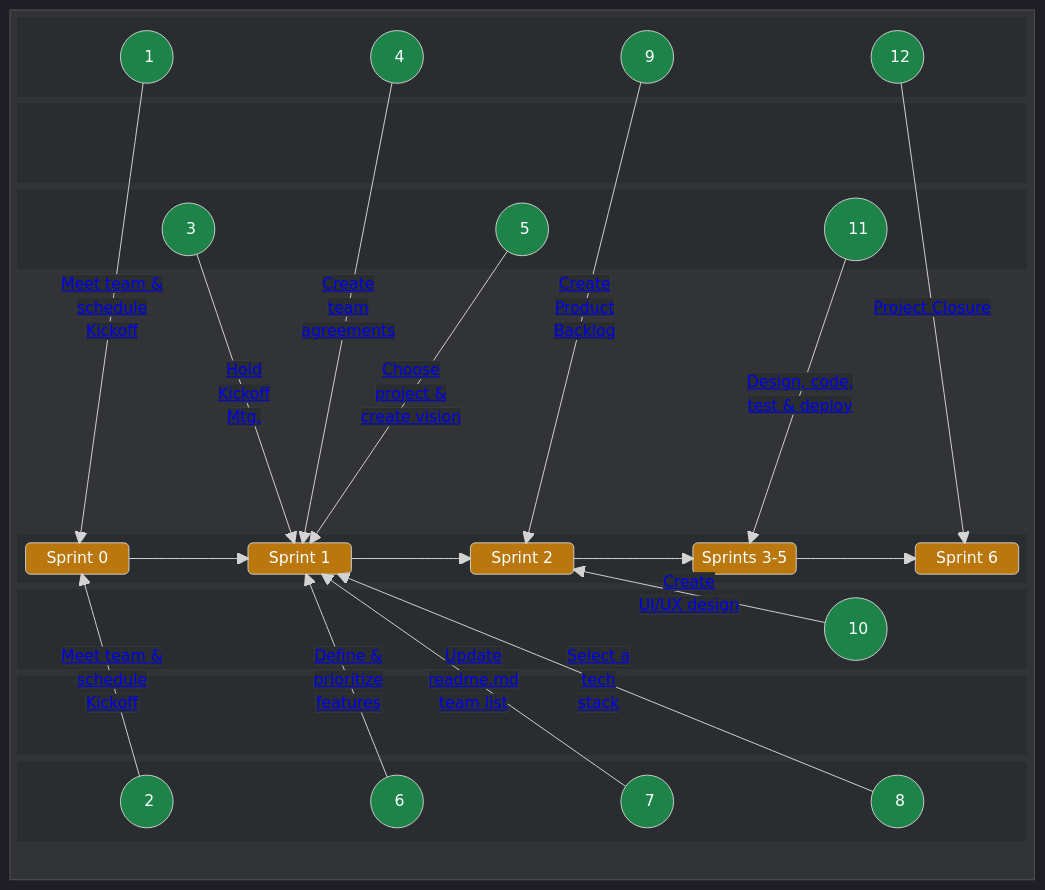
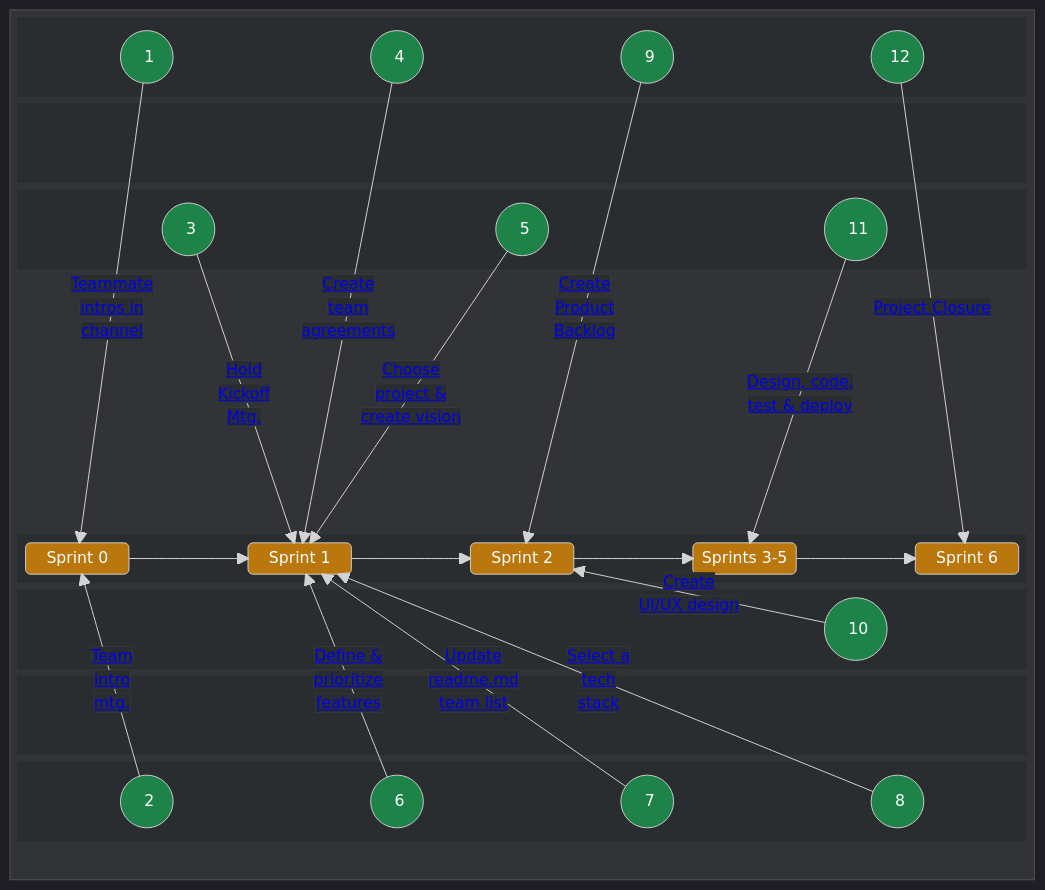
Before and after one commit to chingu-voyages/Handbook: the first of 2 diagrams in docs/guides/voyage/voyage.md, drawn with Mermaid.

Commit message:
Feature: Define Sprint 0 details [WIP]

```diff
--- a/docs/guides/voyage/voyage.md
+++ b/docs/guides/voyage/voyage.md
@@ -125,8 +125,8 @@
         A8(("&nbsp;&nbsp;&nbsp; 8 &nbsp;&nbsp;"))
       end      
 
-      A1 -- "<a style="background-color:#292d30" href="https://github.com/chingu-voyages/Handbook/blob/main/docs/guides/voyage/voyage.md#1-meet-your-team--schedule-kickoff-meeting-">Meet team &</br>schedule</br>Kickoff</a>" --> SPRINT0
-      A2 -- "<a style="background-color:#292d30" href="https://github.com/chingu-voyages/Handbook/blob/main/docs/guides/voyage/voyage.md#2-team-meeting-">Meet team &</br>schedule</br>Kickoff</a>" --> SPRINT0
+      A1 -- "<a style="background-color:#292d30" href="https://github.com/chingu-voyages/Handbook/blob/main/docs/guides/voyage/voyage.md#1-meet-your-team--schedule-kickoff-meeting-">Teammate</br>intros in</br>channel</a>" --> SPRINT0
+      A2 -- "<a style="background-color:#292d30" href="https://github.com/chingu-voyages/Handbook/blob/main/docs/guides/voyage/voyage.md#2-team-meeting-">Team</br>intro</br>mtg.</a>" --> SPRINT0
       A3 -- "<a style="background-color:#292d30" href="https://github.com/chingu-voyages/Handbook/blob/main/docs/guides/voyage/voyage.md#3-conduct-kickoff-meeting-">Hold</br>Kickoff</br>Mtg.</a>" --> SPRINT1
       A4 -- "<a style="background-color:#292d30" href="https://github.com/chingu-voyages/Handbook/blob/main/docs/guides/voyage/voyage.md#4-setup-your-teams-working-agreements-">Create</br>team</br>agreements" --> SPRINT1
       A5 -- "<a style="background-color:#292d30" href="https://github.com/chingu-voyages/Handbook/blob/main/docs/guides/voyage/voyage.md#5-choose-a-project--create-a-vision-statement-">Choose</br>project &</br>create vision</a>" --> SPRINT1
```
